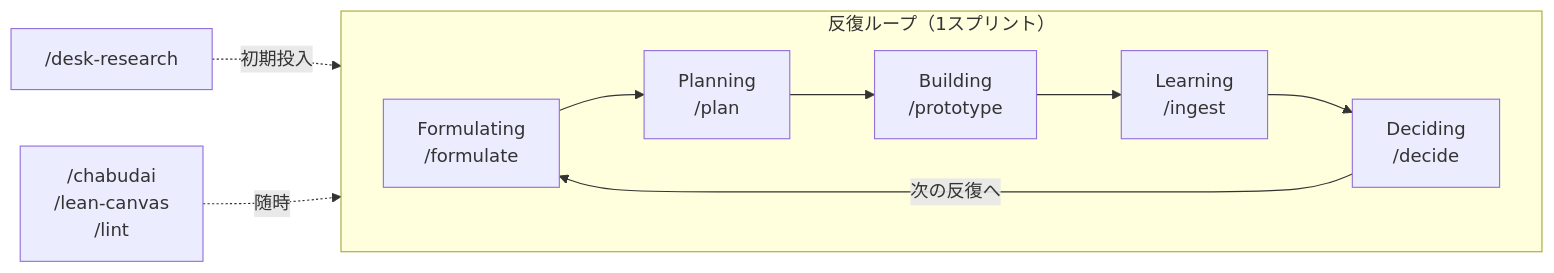
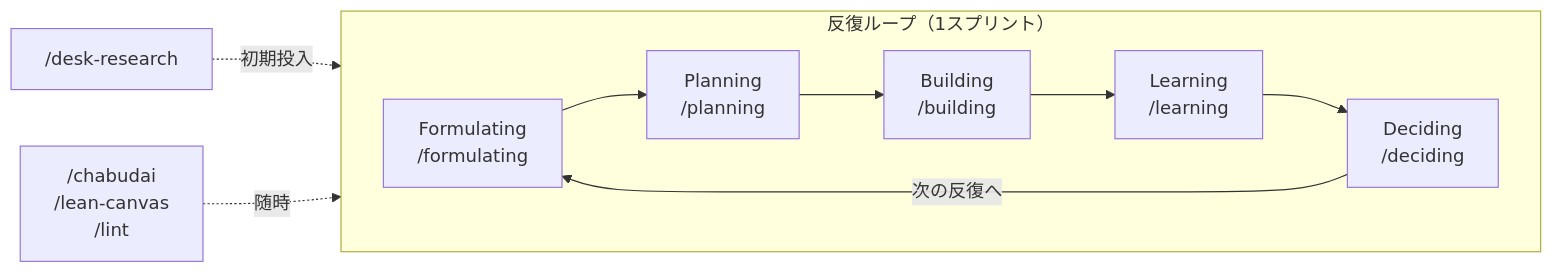
Before and after one commit to haru01/hypothesis-wiki: the diagram in CLAUDE.md, drawn with Mermaid. The commit also changed other lines of this file and 25 other files, not shown here.

First line of the commit message:
反復ループの5スキルを -ing 名にリネーム（formulating/planning/building/learning/deciding）

````diff
--- a/CLAUDE.md
+++ b/CLAUDE.md
@@ -212,13 +212,13 @@
 ```mermaid
 flowchart LR
     subgraph LOOP["反復ループ（1スプリント）"]
         direction LR
-        F["Formulating<br/>/formulate"] --> P["Planning<br/>/plan"]
-        P --> B["Building<br/>/prototype"]
-        B --> L["Learning<br/>/ingest"]
-        L --> D["Deciding<br/>/decide"]
+        F["Formulating<br/>/formulating"] --> P["Planning<br/>/planning"]
+        P --> B["Building<br/>/building"]
+        B --> L["Learning<br/>/learning"]
+        L --> D["Deciding<br/>/deciding"]
         D -->|次の反復へ| F
     end
     R["/desk-research"] -.初期投入.-> F
     C["/chabudai<br/>/lean-canvas<br/>/lint"] -.随時.-> LOOP
 ```
````
